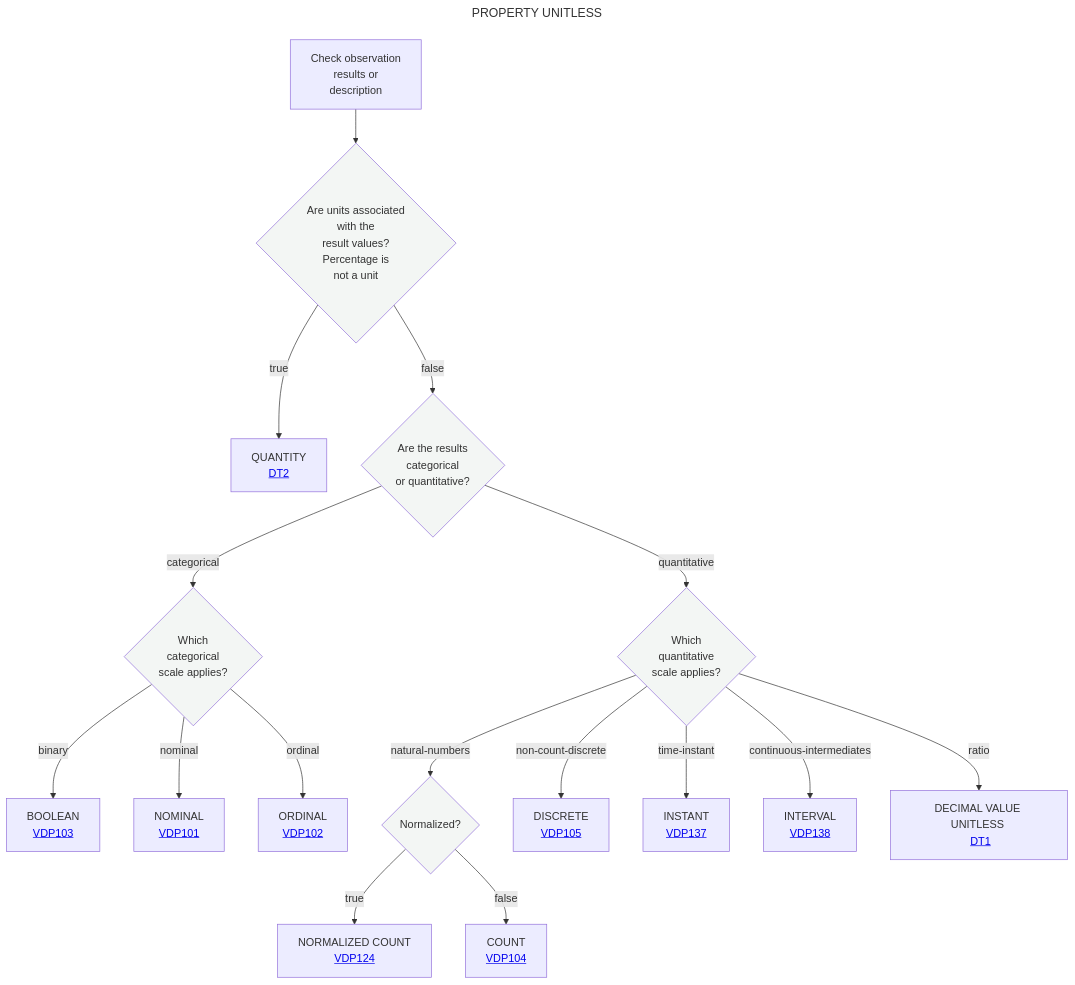
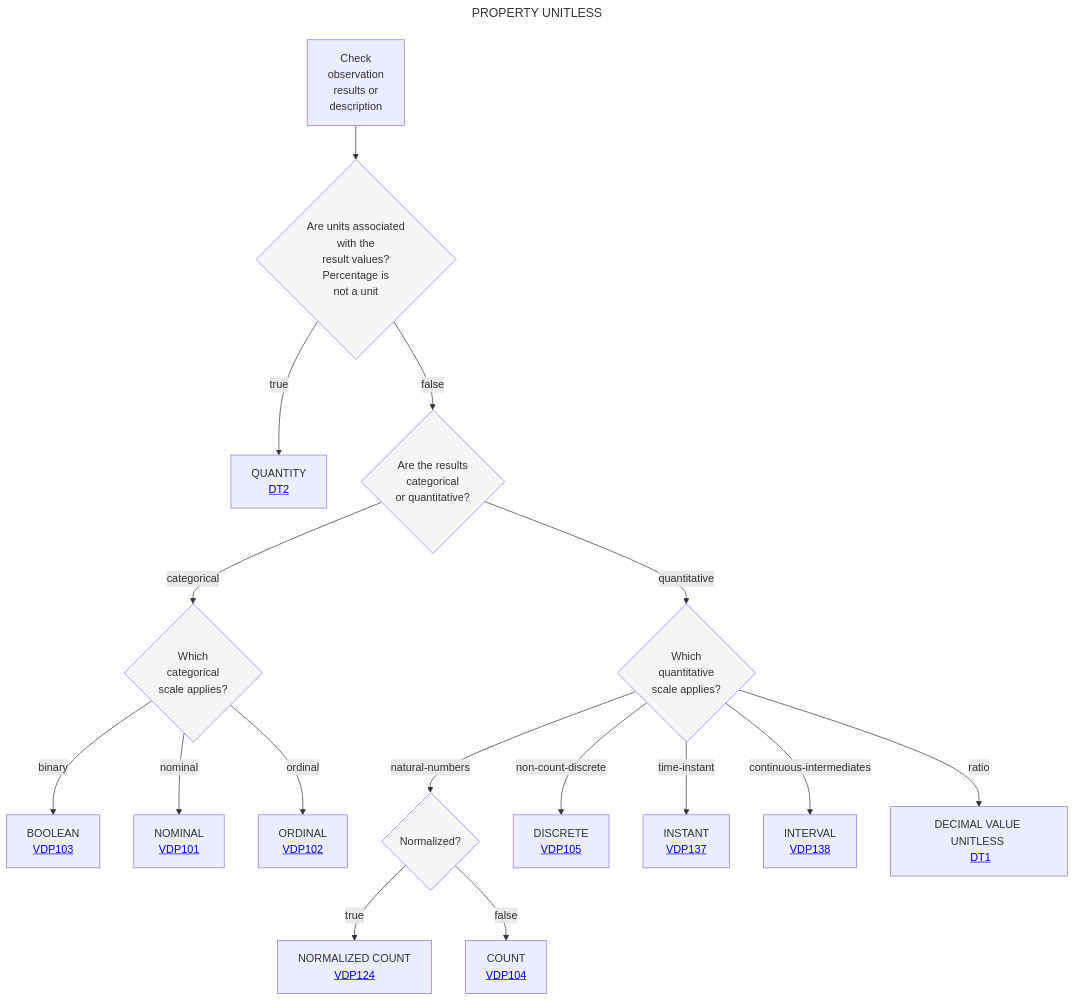
Before and after one commit to mabablue/I-ADOPT-patterns-playground: the diagram in Decisition_trees/DT0.mmd, drawn with Mermaid.

```diff
--- a/Decisition_trees/DT0.mmd
+++ b/Decisition_trees/DT0.mmd
@@ -1,30 +1,30 @@
 ---
 title: PROPERTY UNITLESS
 ---
 flowchart TD
-    A[Check observation <br> results or <br> description] --> B{Are units associated <br> with the <br> result values? <br> Percentage is <br> not a unit}:::white
+    A[Check <br> observation <br> results or <br> description] --> B{Are units associated <br> with the <br> result values? <br> Percentage is <br> not a unit}:::white
     
     %% Branch: Units Present -> QUANTITY (Ratio Scale with Units)
     B --> |true|N[QUANTITY <br> <a href='https://github.com/mabablue/I-ADOPT-patterns-playground/blob/main/Decisition_trees/DT2.mmd'>DT2</a><br>]
     
     %% Branch: Unitless Path
     B --> |false|C{Are the results <br> categorical <br> or quantitative?}:::white
     
     %% Categorical Branch (Binary, Nominal, Ordinal)
     C -- categorical --> D{Which <br> categorical <br> scale applies?}:::white
     D -- binary --> E[BOOLEAN <br> <a href='https://github.com/mabablue/I-ADOPT-patterns-playground/blob/main/pattern/VDP103.yaml'>VDP103</a><br>]
     D -- nominal -->F[NOMINAL <br> <a href='https://github.com/mabablue/I-ADOPT-patterns-playground/blob/main/pattern/VDP101.yaml'>VDP101</a><br>]
     D -- ordinal -->G[ORDINAL <br> <a href='https://github.com/mabablue/I-ADOPT-patterns-playground/blob/main/pattern/VDP102.yaml'>VDP102</a><br>]
     C -- quantitative -->H{Which <br> quantitative <br> scale applies?}:::white
     H -- natural-numbers -->I{Normalized?}:::white
     I --> |true|Q[NORMALIZED COUNT <br> <a href='https://github.com/mabablue/I-ADOPT-patterns-playground/blob/main/pattern/VDP124.yaml'>VDP124</a><br>]
     I --> |false|P[COUNT <br> <a href='https://github.com/mabablue/I-ADOPT-patterns-playground/blob/main/pattern/VDP104.yaml'>VDP104</a><br>]
     H -- non-count-discrete -->O[DISCRETE <br> <a href='https://github.com/mabablue/I-ADOPT-patterns-playground/blob/main/pattern/VDP104.yaml'>VDP105</a><br>]
     H -- time-instant -->K[INSTANT <br> <a href='https://github.com/mabablue/I-ADOPT-patterns-playground/blob/main/pattern/VDP137.yaml'>VDP137</a><br>]
     H -- continuous-intermediates -->L[INTERVAL <br> <a href='https://github.com/mabablue/I-ADOPT-patterns-playground/blob/main/pattern/VDP138.yaml'>VDP138</a><br>]
     H -- ratio -->M[DECIMAL VALUE UNITLESS <br> <a href='https://github.com/mabablue/I-ADOPT-patterns-playground/blob/main/Decisition_trees/DT1.mmd'>DT1</a><br>]
 
     classDef blue fill:#90D5FF
     classDef satblue fill:#57B9FF
     classDef white fill:#f3f6f4
     classDef green fill:#6aa84f
```
